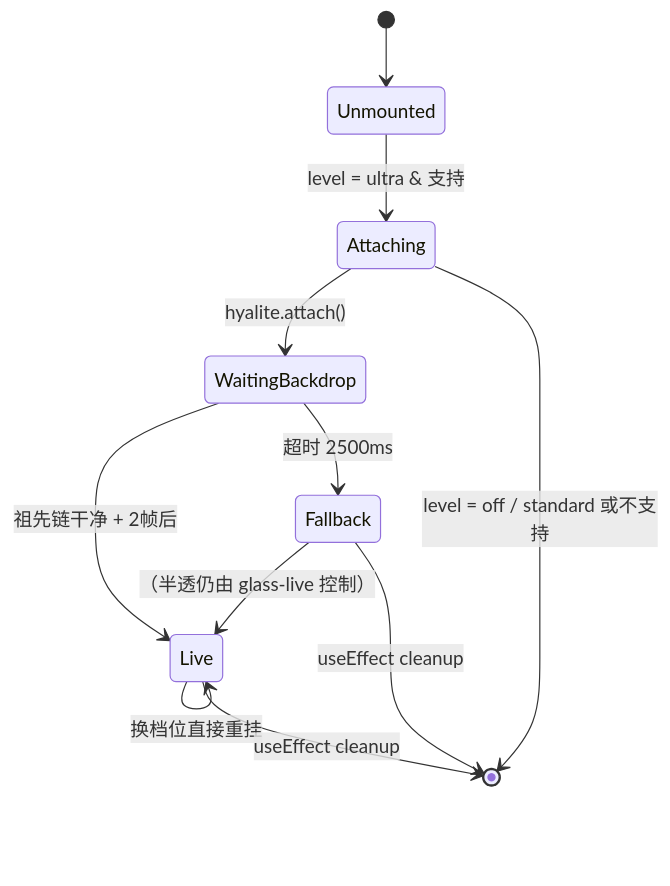
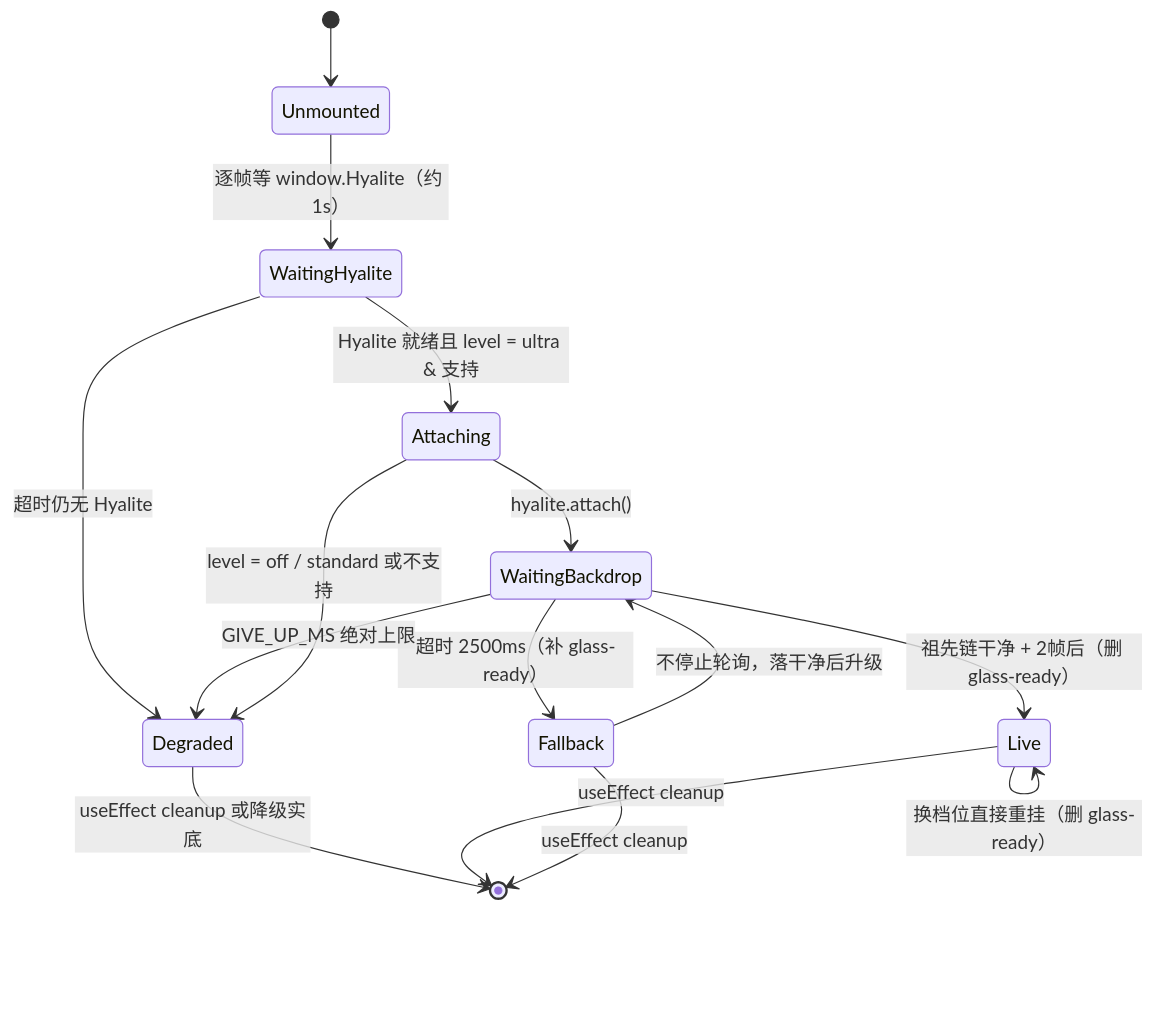
Before and after one commit to ikliml666/Wxxy-CampusLogin: the fourth of 5 diagrams in .codewiki/modules/android-frontend-utilities-libraries-hyalite.md, drawn with Mermaid. The commit also changed other lines of this file and 3 other files, not shown here.

````diff
--- a/.codewiki/modules/android-frontend-utilities-libraries-hyalite.md
+++ b/.codewiki/modules/android-frontend-utilities-libraries-hyalite.md
@@ -162,13 +173,17 @@
 ```mermaid
 stateDiagram-v2
     [*] --> Unmounted
-    Unmounted --> Attaching: level = ultra & 支持
+    Unmounted --> WaitingHyalite: 逐帧等 window.Hyalite（约 1s）
+    WaitingHyalite --> Degraded: 超时仍无 Hyalite
+    WaitingHyalite --> Attaching: Hyalite 就绪且 level = ultra & 支持
     Attaching --> WaitingBackdrop: hyalite.attach()
-    WaitingBackdrop --> Live: 祖先链干净 + 2帧后
-    WaitingBackdrop --> Fallback: 超时 2500ms
-    Live --> Live: 换档位直接重挂
-    Fallback --> Live: （半透仍由 glass-live 控制）
-    Attaching --> [*]: level = off / standard 或不支持
+    WaitingBackdrop --> Live: 祖先链干净 + 2帧后（删 glass-ready）
+    WaitingBackdrop --> Fallback: 超时 2500ms（补 glass-ready）
+    Fallback --> WaitingBackdrop: 不停止轮询，落干净后升级
+    WaitingBackdrop --> Degraded: GIVE_UP_MS 绝对上限
+    Live --> Live: 换档位直接重挂（删 glass-ready）
+    Attaching --> Degraded: level = off / standard 或不支持
+    Degraded --> [*]: useEffect cleanup 或降级实底
     Live --> [*]: useEffect cleanup
     Fallback --> [*]: useEffect cleanup
 ```
````
